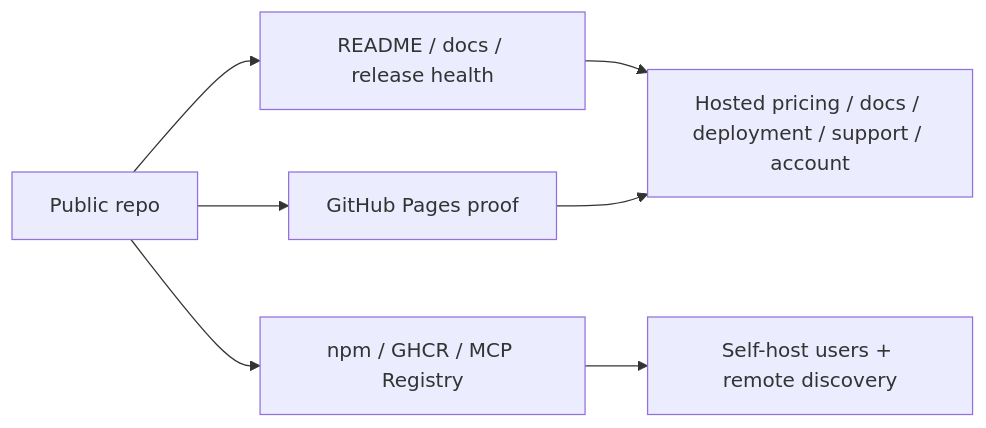
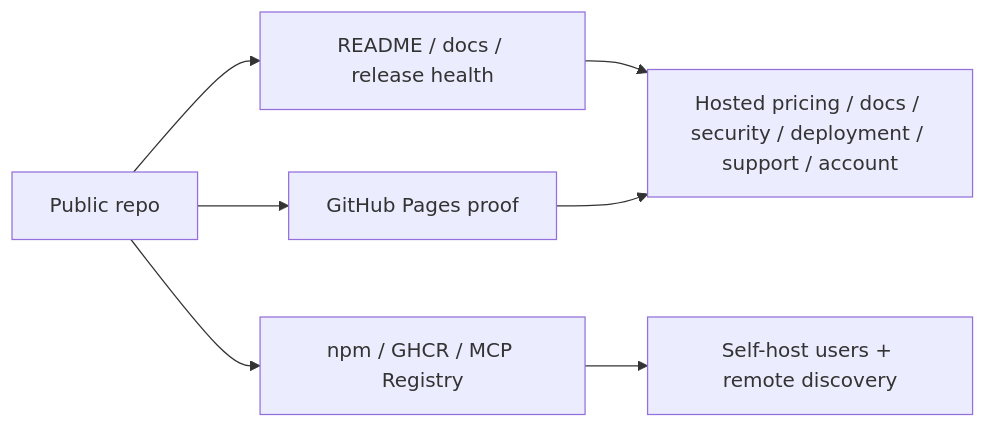
Before and after one commit to syvbrunnr/slack-mcp-server: the diagram in docs/LAUNCH-OPS.md, drawn with Mermaid. The commit also changed other lines of this file and 18 other files, not shown here.

````diff
--- a/docs/LAUNCH-OPS.md
+++ b/docs/LAUNCH-OPS.md
@@ -7,9 +7,9 @@
 ```mermaid
 flowchart LR
     A["Public repo"] --> B["README / docs / release health"]
     A --> C["GitHub Pages proof"]
     A --> D["npm / GHCR / MCP Registry"]
-    B --> E["Hosted pricing / docs / deployment / support / account"]
+    B --> E["Hosted pricing / docs / security / deployment / support / account"]
     C --> E
     D --> F["Self-host users + remote discovery"]
 ```
````
